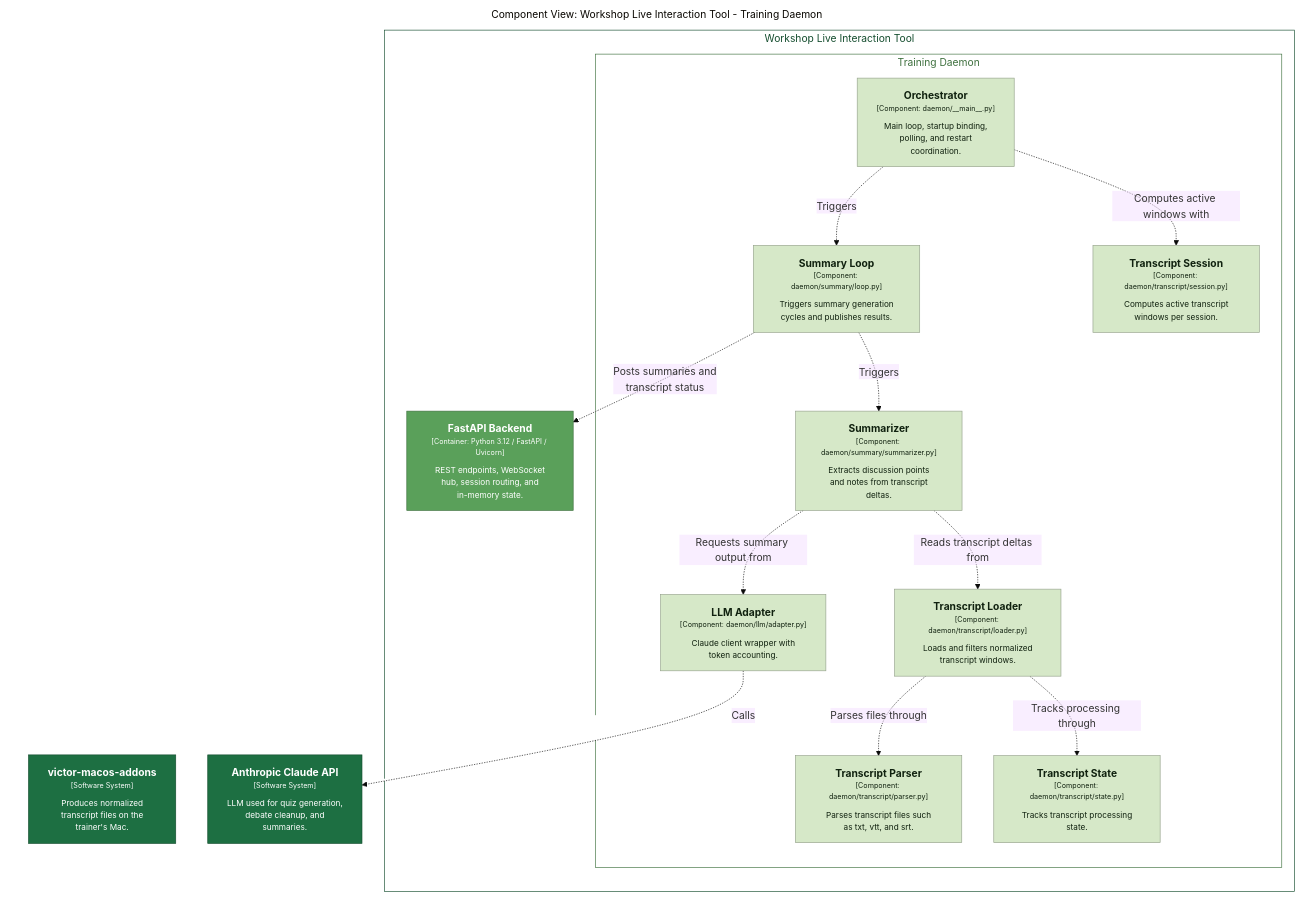
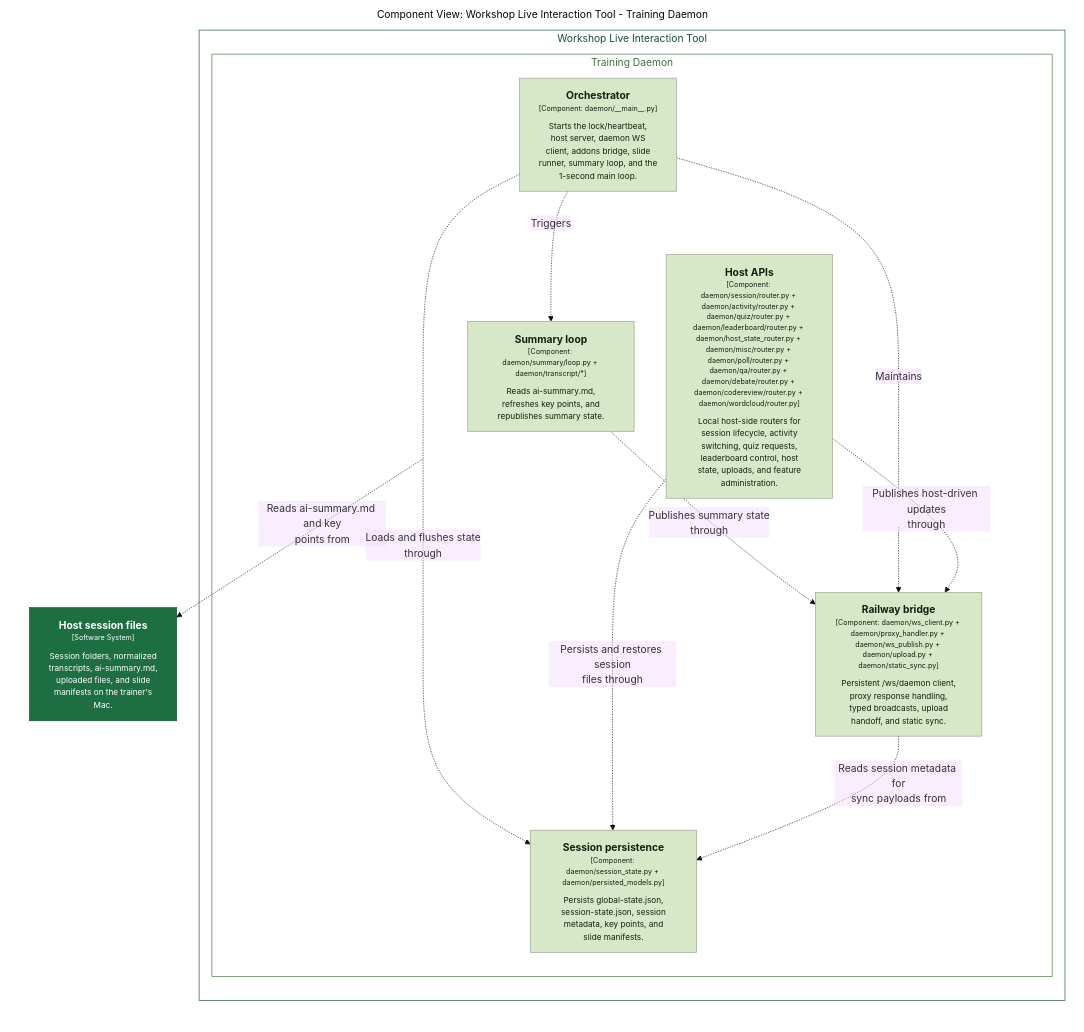
Before and after one commit to victorrentea/training-assistant: the diagram in docs/c4views/structurizr-C3DaemonSummary.mmd, drawn with Mermaid (base theme). The commit also changed 26 other files, not shown here.

```diff
--- a/docs/c4views/structurizr-C3DaemonSummary.mmd
+++ b/docs/c4views/structurizr-C3DaemonSummary.mmd
@@ -1,50 +1,39 @@
 graph LR
   linkStyle default fill:#ffffff
 
   subgraph diagram ["Component View: Workshop Live Interaction Tool - Training Daemon"]
     style diagram fill:#ffffff,stroke:#ffffff
 
-    3["<div style='font-weight: bold'>victor-macos-addons</div><div style='font-size: 70%; margin-top: 0px'>[Software System]</div><div style='font-size: 80%; margin-top:10px'>Produces normalized<br />transcript files on the<br />trainer's Mac.</div>"]
-    style 3 fill:#1d6f42,stroke:#144d2e,color:#ffffff
-    4["<div style='font-weight: bold'>Anthropic Claude API</div><div style='font-size: 70%; margin-top: 0px'>[Software System]</div><div style='font-size: 80%; margin-top:10px'>LLM used for quiz generation,<br />debate cleanup, and<br />summaries.</div>"]
-    style 4 fill:#1d6f42,stroke:#144d2e,color:#ffffff
+    7["<div style='font-weight: bold'>Host session files</div><div style='font-size: 70%; margin-top: 0px'>[Software System]</div><div style='font-size: 80%; margin-top:10px'>Session folders, normalized<br />transcripts, ai-summary.md,<br />uploaded files, and slide<br />manifests on the trainer's<br />Mac.</div>"]
+    style 7 fill:#1d6f42,stroke:#144d2e,color:#ffffff
 
-    subgraph 7 ["Workshop Live Interaction Tool"]
-      style 7 fill:#ffffff,stroke:#144d2e,color:#144d2e
+    subgraph 9 ["Workshop Live Interaction Tool"]
+      style 9 fill:#ffffff,stroke:#144d2e,color:#144d2e
 
-      subgraph 31 ["Training Daemon"]
-        style 31 fill:#ffffff,stroke:#3e703e,color:#3e703e
+      subgraph 21 ["Training Daemon"]
+        style 21 fill:#ffffff,stroke:#3e703e,color:#3e703e
 
-        32["<div style='font-weight: bold'>Orchestrator</div><div style='font-size: 70%; margin-top: 0px'>[Component: daemon/__main__.py]</div><div style='font-size: 80%; margin-top:10px'>Main loop, startup binding,<br />polling, and restart<br />coordination.</div>"]
-        style 32 fill:#d6e8c8,stroke:#95a28c,color:#10210f
-        40["<div style='font-weight: bold'>Summary Loop</div><div style='font-size: 70%; margin-top: 0px'>[Component: daemon/summary/loop.py]</div><div style='font-size: 80%; margin-top:10px'>Triggers summary generation<br />cycles and publishes results.</div>"]
-        style 40 fill:#d6e8c8,stroke:#95a28c,color:#10210f
-        41["<div style='font-weight: bold'>Summarizer</div><div style='font-size: 70%; margin-top: 0px'>[Component: daemon/summary/summarizer.py]</div><div style='font-size: 80%; margin-top:10px'>Extracts discussion points<br />and notes from transcript<br />deltas.</div>"]
-        style 41 fill:#d6e8c8,stroke:#95a28c,color:#10210f
-        42["<div style='font-weight: bold'>Transcript Loader</div><div style='font-size: 70%; margin-top: 0px'>[Component: daemon/transcript/loader.py]</div><div style='font-size: 80%; margin-top:10px'>Loads and filters normalized<br />transcript windows.</div>"]
-        style 42 fill:#d6e8c8,stroke:#95a28c,color:#10210f
-        43["<div style='font-weight: bold'>Transcript Parser</div><div style='font-size: 70%; margin-top: 0px'>[Component: daemon/transcript/parser.py]</div><div style='font-size: 80%; margin-top:10px'>Parses transcript files such<br />as txt, vtt, and srt.</div>"]
-        style 43 fill:#d6e8c8,stroke:#95a28c,color:#10210f
-        44["<div style='font-weight: bold'>Transcript Session</div><div style='font-size: 70%; margin-top: 0px'>[Component: daemon/transcript/session.py]</div><div style='font-size: 80%; margin-top:10px'>Computes active transcript<br />windows per session.</div>"]
-        style 44 fill:#d6e8c8,stroke:#95a28c,color:#10210f
-        45["<div style='font-weight: bold'>Transcript State</div><div style='font-size: 70%; margin-top: 0px'>[Component: daemon/transcript/state.py]</div><div style='font-size: 80%; margin-top:10px'>Tracks transcript processing<br />state.</div>"]
-        style 45 fill:#d6e8c8,stroke:#95a28c,color:#10210f
-        55["<div style='font-weight: bold'>LLM Adapter</div><div style='font-size: 70%; margin-top: 0px'>[Component: daemon/llm/adapter.py]</div><div style='font-size: 80%; margin-top:10px'>Claude client wrapper with<br />token accounting.</div>"]
-        style 55 fill:#d6e8c8,stroke:#95a28c,color:#10210f
+        22["<div style='font-weight: bold'>Orchestrator</div><div style='font-size: 70%; margin-top: 0px'>[Component: daemon/__main__.py]</div><div style='font-size: 80%; margin-top:10px'>Starts the lock/heartbeat,<br />host server, daemon WS<br />client, addons bridge, slide<br />runner, summary loop, and the<br />1-second main loop.</div>"]
+        style 22 fill:#d6e8c8,stroke:#95a28c,color:#10210f
+        25["<div style='font-weight: bold'>Host APIs</div><div style='font-size: 70%; margin-top: 0px'>[Component: daemon/session/router.py + daemon/activity/router.py + daemon/quiz/router.py + daemon/leaderboard/router.py + daemon/host_state_router.py + daemon/misc/router.py + daemon/poll/router.py + daemon/qa/router.py + daemon/debate/router.py + daemon/codereview/router.py + daemon/wordcloud/router.py]</div><div style='font-size: 80%; margin-top:10px'>Local host-side routers for<br />session lifecycle, activity<br />switching, quiz requests,<br />leaderboard control, host<br />state, uploads, and feature<br />administration.</div>"]
+        style 25 fill:#d6e8c8,stroke:#95a28c,color:#10210f
+        27["<div style='font-weight: bold'>Railway bridge</div><div style='font-size: 70%; margin-top: 0px'>[Component: daemon/ws_client.py + daemon/proxy_handler.py + daemon/ws_publish.py + daemon/upload.py + daemon/static_sync.py]</div><div style='font-size: 80%; margin-top:10px'>Persistent /ws/daemon client,<br />proxy response handling,<br />typed broadcasts, upload<br />handoff, and static sync.</div>"]
+        style 27 fill:#d6e8c8,stroke:#95a28c,color:#10210f
+        28["<div style='font-weight: bold'>Session persistence</div><div style='font-size: 70%; margin-top: 0px'>[Component: daemon/session_state.py + daemon/persisted_models.py]</div><div style='font-size: 80%; margin-top:10px'>Persists global-state.json,<br />session-state.json, session<br />metadata, key points, and<br />slide manifests.</div>"]
+        style 28 fill:#d6e8c8,stroke:#95a28c,color:#10210f
+        31["<div style='font-weight: bold'>Summary loop</div><div style='font-size: 70%; margin-top: 0px'>[Component: daemon/summary/loop.py + daemon/transcript/*]</div><div style='font-size: 80%; margin-top:10px'>Reads ai-summary.md,<br />refreshes key points, and<br />republishes summary state.</div>"]
+        style 31 fill:#d6e8c8,stroke:#95a28c,color:#10210f
       end
 
-      10["<div style='font-weight: bold'>FastAPI Backend</div><div style='font-size: 70%; margin-top: 0px'>[Container: Python 3.12 / FastAPI / Uvicorn]</div><div style='font-size: 80%; margin-top:10px'>REST endpoints, WebSocket<br />hub, session routing, and<br />in-memory state.</div>"]
-      style 10 fill:#5aa05a,stroke:#3e703e,color:#ffffff
     end
 
-    32-. "<div>Triggers</div><div style='font-size: 70%'></div>" .->40
-    32-. "<div>Computes active windows with</div><div style='font-size: 70%'></div>" .->44
-    40-. "<div>Triggers</div><div style='font-size: 70%'></div>" .->41
-    40-. "<div>Posts summaries and<br />transcript status</div><div style='font-size: 70%'></div>" .->10
-    41-. "<div>Reads transcript deltas from</div><div style='font-size: 70%'></div>" .->42
-    41-. "<div>Requests summary output from</div><div style='font-size: 70%'></div>" .->55
-    42-. "<div>Parses files through</div><div style='font-size: 70%'></div>" .->43
-    42-. "<div>Tracks processing through</div><div style='font-size: 70%'></div>" .->45
-    55-. "<div>Calls</div><div style='font-size: 70%'></div>" .->4
+    31-. "<div>Reads ai-summary.md and key<br />points from</div><div style='font-size: 70%'></div>" .->7
+    31-. "<div>Publishes summary state<br />through</div><div style='font-size: 70%'></div>" .->27
+    22-. "<div>Maintains</div><div style='font-size: 70%'></div>" .->27
+    22-. "<div>Loads and flushes state<br />through</div><div style='font-size: 70%'></div>" .->28
+    22-. "<div>Triggers</div><div style='font-size: 70%'></div>" .->31
+    25-. "<div>Publishes host-driven updates<br />through</div><div style='font-size: 70%'></div>" .->27
+    25-. "<div>Persists and restores session<br />files through</div><div style='font-size: 70%'></div>" .->28
+    27-. "<div>Reads session metadata for<br />sync payloads from</div><div style='font-size: 70%'></div>" .->28
 
   end
```
